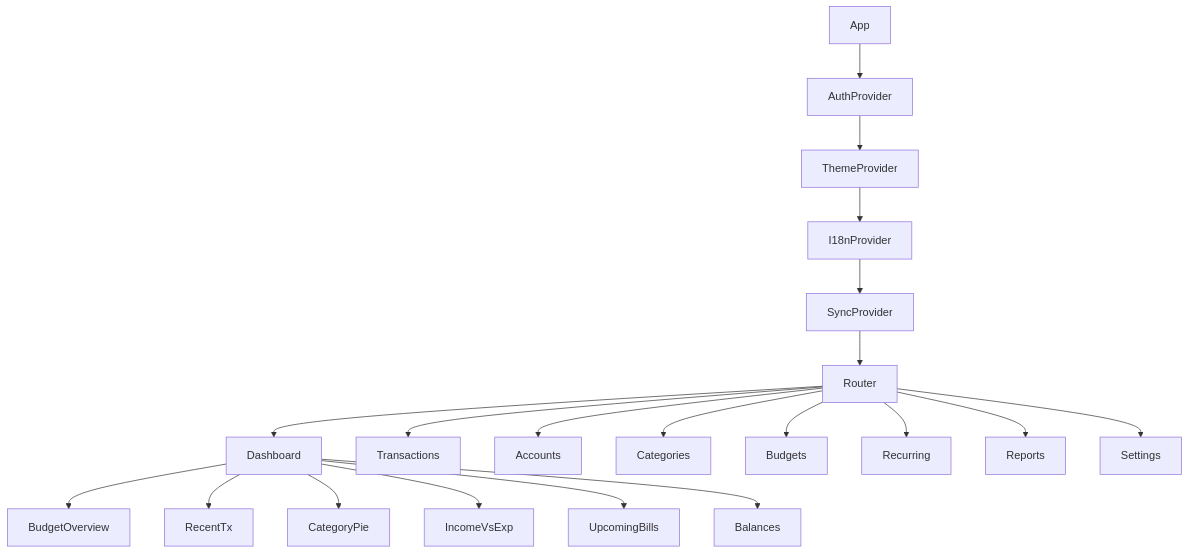
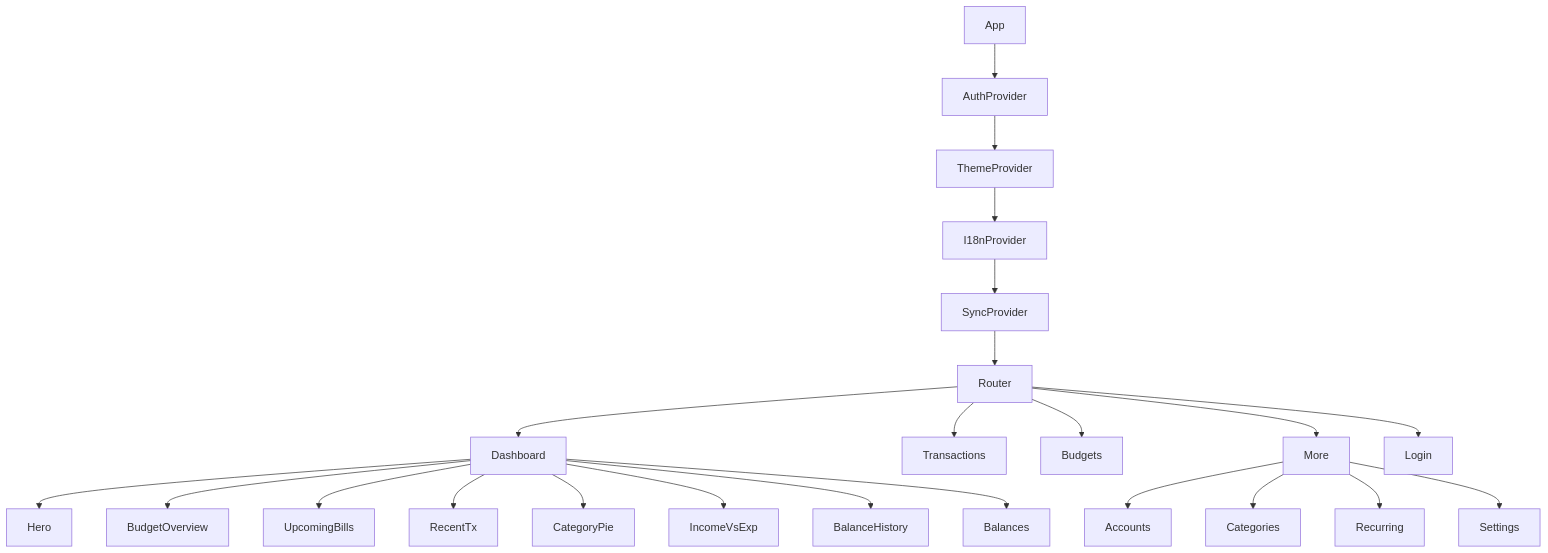
Before and after one commit to angeljagsal/costia-app: the fourth of 4 diagrams in context-docs/architecture.md, drawn with Mermaid. The commit also changed other lines of this file, not shown here.

Commit message:
docs: architecture reflects password auth, 0009 schema, real folders and routes

````diff
--- a/context-docs/architecture.md
+++ b/context-docs/architecture.md
@@ -79,18 +85,21 @@
 ```mermaid
 flowchart TB
     App --> AuthProvider --> ThemeProvider --> I18nProvider --> SyncProvider --> Router
     Router --> Dashboard
     Router --> Transactions
-    Router --> Accounts
-    Router --> Categories
     Router --> Budgets
-    Router --> Recurring
-    Router --> Reports
-    Router --> Settings
+    Router --> More
+    Router --> Login
+    Dashboard --> Hero
     Dashboard --> BudgetOverview
+    Dashboard --> UpcomingBills
     Dashboard --> RecentTx
     Dashboard --> CategoryPie
     Dashboard --> IncomeVsExp
-    Dashboard --> UpcomingBills
+    Dashboard --> BalanceHistory
     Dashboard --> Balances
+    More --> Accounts
+    More --> Categories
+    More --> Recurring
+    More --> Settings
 ```
````
